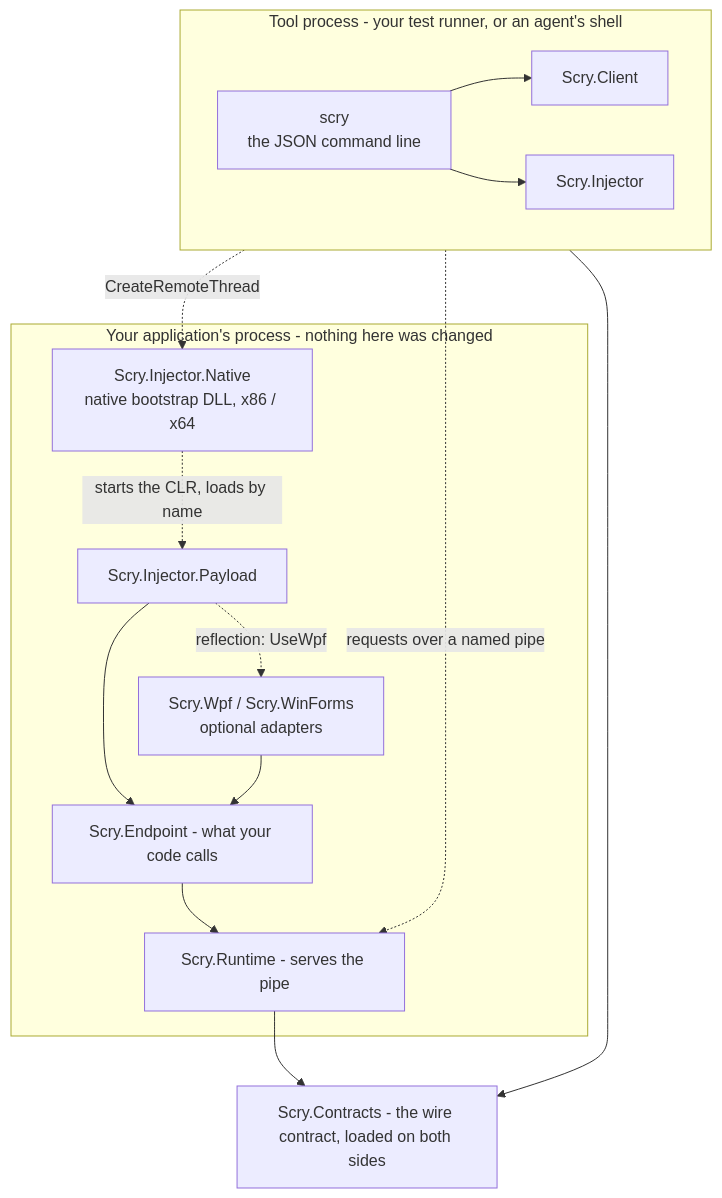
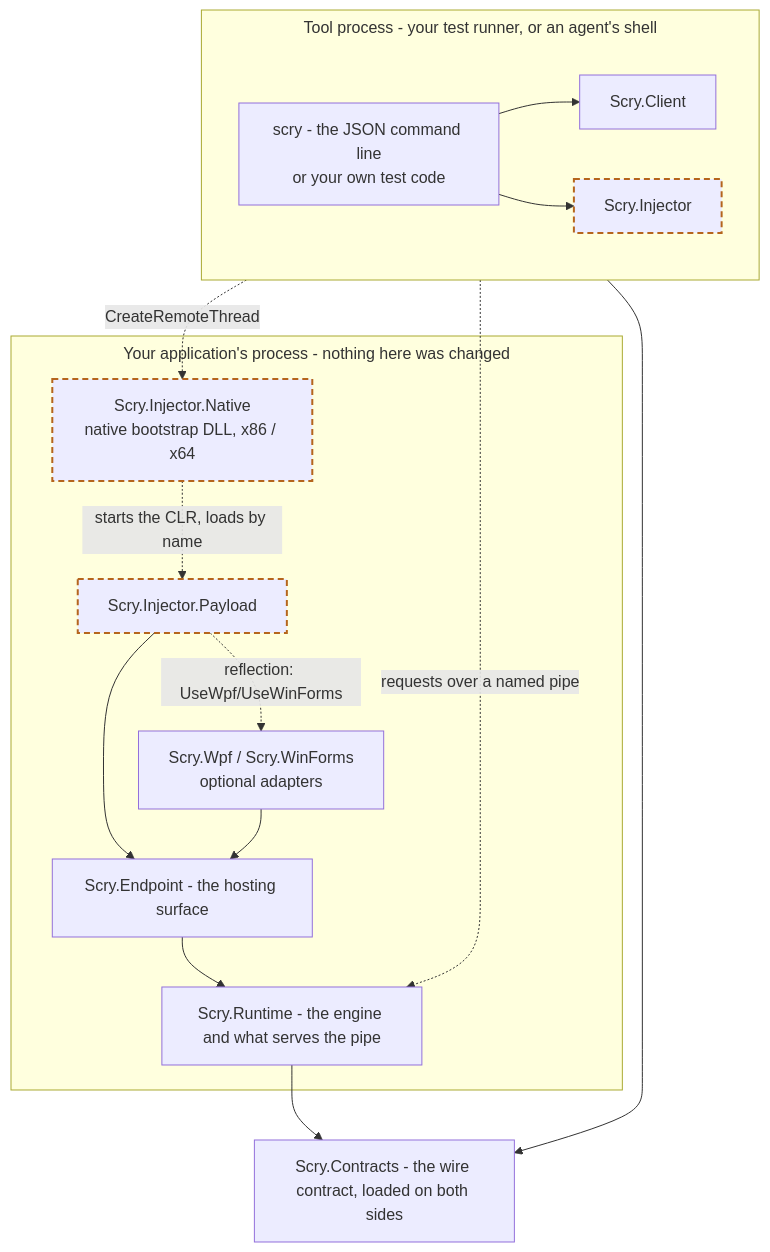
One commit to sdaliyot/Scry.NET changed the diagram in README.md. Above: the diagram before and after it, drawn with Mermaid. The commit also changed other lines of this file, not shown here.

````diff
--- a/README.md
+++ b/README.md
@@ -176,31 +176,35 @@
 ```mermaid
+%%{init: {"flowchart": {"subGraphTitleMargin": {"top": 6, "bottom": 12}}} }%%
 flowchart TB
   subgraph tool["Tool process - your test runner, or an agent's shell"]
     direction LR
-    cli["scry<br/>the JSON command line"]
+    cli["scry - the JSON command line<br/>or your own test code"]
     cl["Scry.Client"]
     inj["Scry.Injector"]
   end
 
   subgraph target["Your application's process - nothing here was changed"]
     native["Scry.Injector.Native<br/>native bootstrap DLL, x86 / x64"]
     pay["Scry.Injector.Payload"]
     ad["Scry.Wpf / Scry.WinForms<br/>optional adapters"]
-    ep["Scry.Endpoint - what your code calls"]
-    rt["Scry.Runtime - serves the pipe"]
+    ep["Scry.Endpoint - the hosting surface"]
+    rt["Scry.Runtime - the engine and what serves the pipe"]
   end
 
   shared["Scry.Contracts - the wire contract, loaded on both sides"]
 
   cli --> cl
   cli --> inj
   inj -. "CreateRemoteThread" .-> native
   native -. "starts the CLR, loads by name" .-> pay
-  pay -. "reflection: UseWpf" .-> ad
+  pay -. "reflection: UseWpf/UseWinForms" .-> ad
   pay --> ep
   ad --> ep
   ep --> rt
   cl -. "requests over a named pipe" .-> rt
   cl --> shared
   rt --> shared
+
+  classDef attachOnly stroke-dasharray:6 4,stroke-width:2px,stroke:#b5651d
+  class inj,native,pay attachOnly
 ```
````
